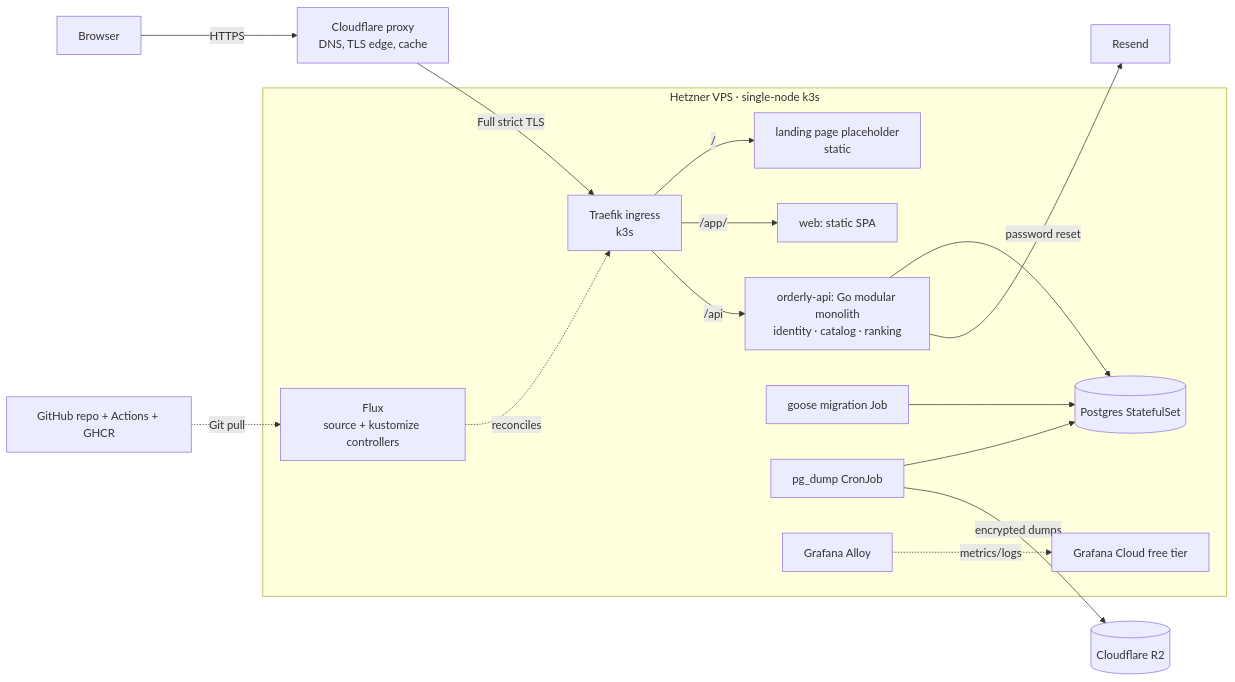
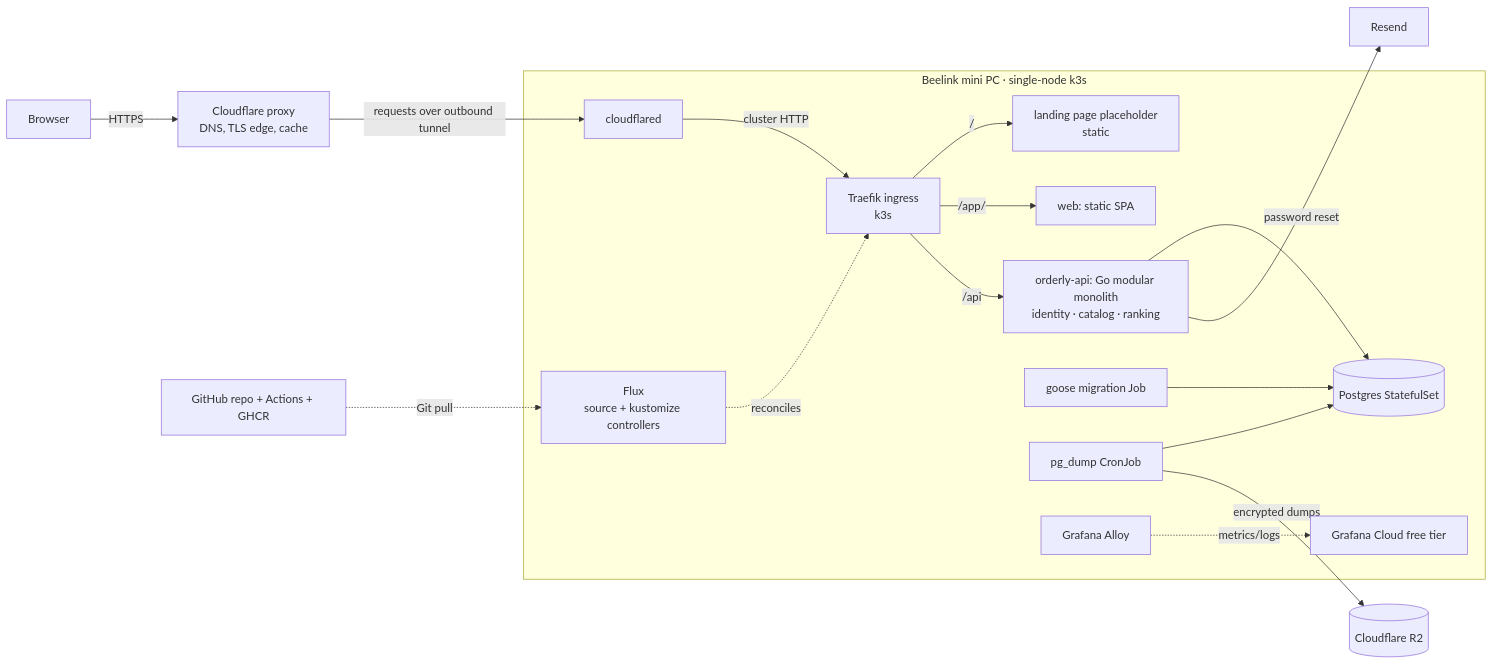
One commit to michael-antar/orderly changed the diagram in docs/migration-plan.md. Above: the diagram before and after it, drawn with Mermaid. The commit also changed other lines of this file and 4 other files, not shown here.

````diff
--- a/docs/migration-plan.md
+++ b/docs/migration-plan.md
@@ -25,19 +25,20 @@
 ```mermaid
 flowchart LR
   U[Browser] -->|HTTPS| CF[Cloudflare proxy<br/>DNS, TLS edge, cache]
-  CF -->|Full strict TLS| T[Traefik ingress<br/>k3s]
-  subgraph VPS[Hetzner VPS · single-node k3s]
+  CF -->|requests over outbound tunnel| CD[cloudflared]
+  subgraph HOME[Beelink mini PC · single-node k3s]
+    CD -->|cluster HTTP| T[Traefik ingress<br/>k3s]
     T -->|/| LAND[landing page placeholder<br/>static]
     T -->|/app/| WEB[web: static SPA]
     T -->|/api| API[orderly-api: Go modular monolith<br/>identity · catalog · ranking]
     API --> PG[(Postgres StatefulSet)]
     MJ[goose migration Job] --> PG
     BK[pg_dump CronJob] --> PG
     FX[Flux<br/>source + kustomize controllers] -.reconciles.-> T
     AL[Grafana Alloy] -.metrics/logs.-> GC
   end
   BK -->|encrypted dumps| R2[(Cloudflare R2)]
   GC[Grafana Cloud free tier]
   API -->|password reset| RS[Resend]
   GH[GitHub repo + Actions + GHCR] -.Git pull.-> FX
 ```
````
